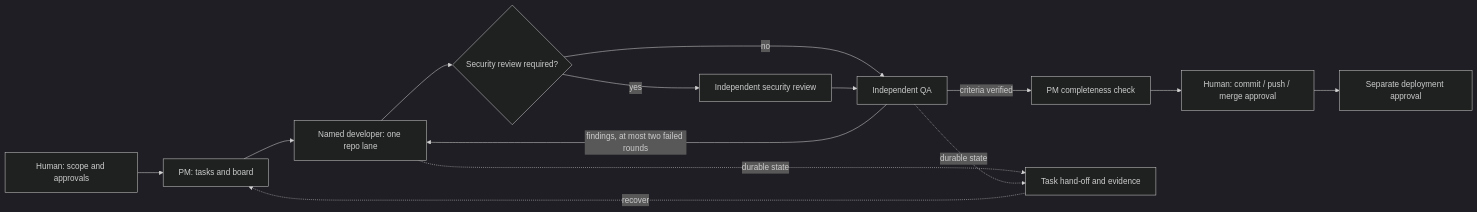
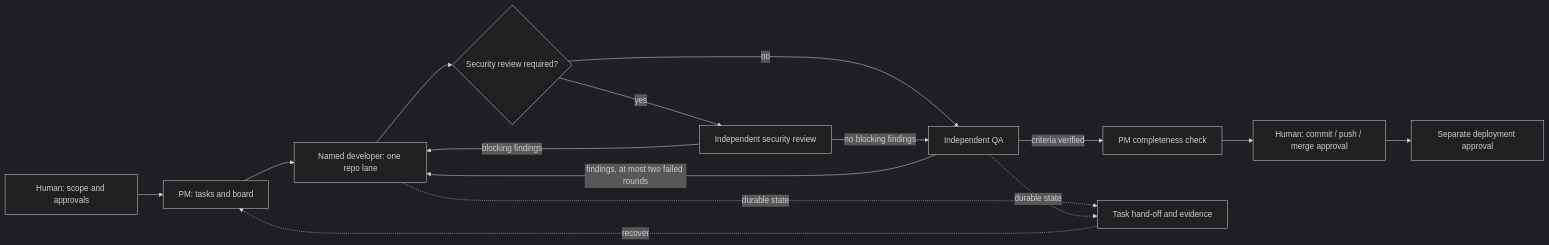
One commit to ferhatcore/claude-codex-project-os changed the diagram in README.md. Above: the diagram before and after it, drawn with Mermaid (dark theme). The commit also changed other lines of this file and 19 other files, not shown here.

````diff
--- a/README.md
+++ b/README.md
@@ -46,16 +47,17 @@
 ```mermaid
 flowchart LR
     H[Human: scope and approvals] --> PM[PM: tasks and board]
     PM --> D[Named developer: one repo lane]
     D --> S{Security review required?}
     S -->|yes| SEC[Independent security review]
     S -->|no| Q[Independent QA]
-    SEC --> Q
+    SEC -->|no blocking findings| Q
+    SEC -->|blocking findings| D
     Q -->|findings, at most two failed rounds| D
     Q -->|criteria verified| C[PM completeness check]
     C --> G[Human: commit / push / merge approval]
     G --> R[Separate deployment approval]
     D -. durable state .-> F[Task hand-off and evidence]
     Q -. durable state .-> F
     F -. recover .-> PM
 ```
````
